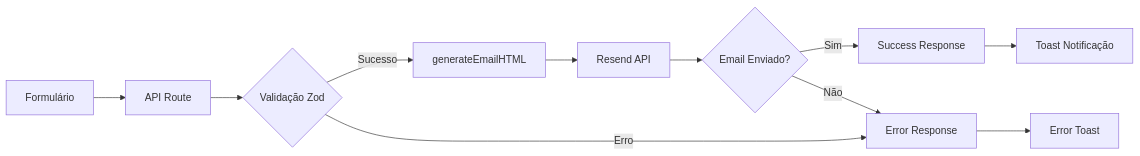
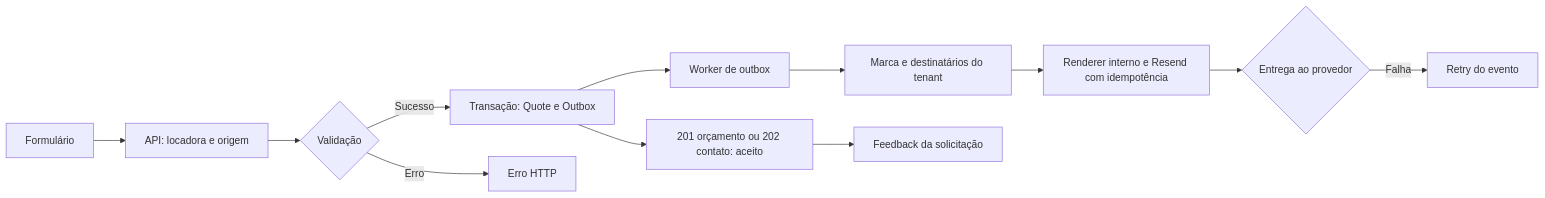
Before and after one commit to Schlorke/Locadora_de_Equipamentos: the diagram in docs/features/email-templates.md, drawn with Mermaid. The commit also changed other lines of this file and 880 other files, not shown here.

````diff
--- a/docs/features/email-templates.md
+++ b/docs/features/email-templates.md
@@ -260,13 +271,14 @@
 ```mermaid
 graph LR
-    A[Formulário] --> B[API Route]
-    B --> C{Validação Zod}
-    C -->|Sucesso| D[generateEmailHTML]
-    C -->|Erro| E[Error Response]
-    D --> F[Resend API]
-    F --> G{Email Enviado?}
-    G -->|Sim| H[Success Response]
-    G -->|Não| E
-    H --> I[Toast Notificação]
-    E --> J[Error Toast]
+    A[Formulário] --> B[API: locadora e origem]
+    B --> C{Validação}
+    C -->|Sucesso| D[Transação: Quote e Outbox]
+    C -->|Erro| E[Erro HTTP]
+    D --> H[201 orçamento ou 202 contato: aceito]
+    D --> W[Worker de outbox]
+    W --> M[Marca e destinatários do tenant]
+    M --> R[Renderer interno e Resend com idempotência]
+    R --> G{Entrega ao provedor}
+    G -->|Falha| Q[Retry do evento]
+    H --> I[Feedback da solicitação]
 ```
````
